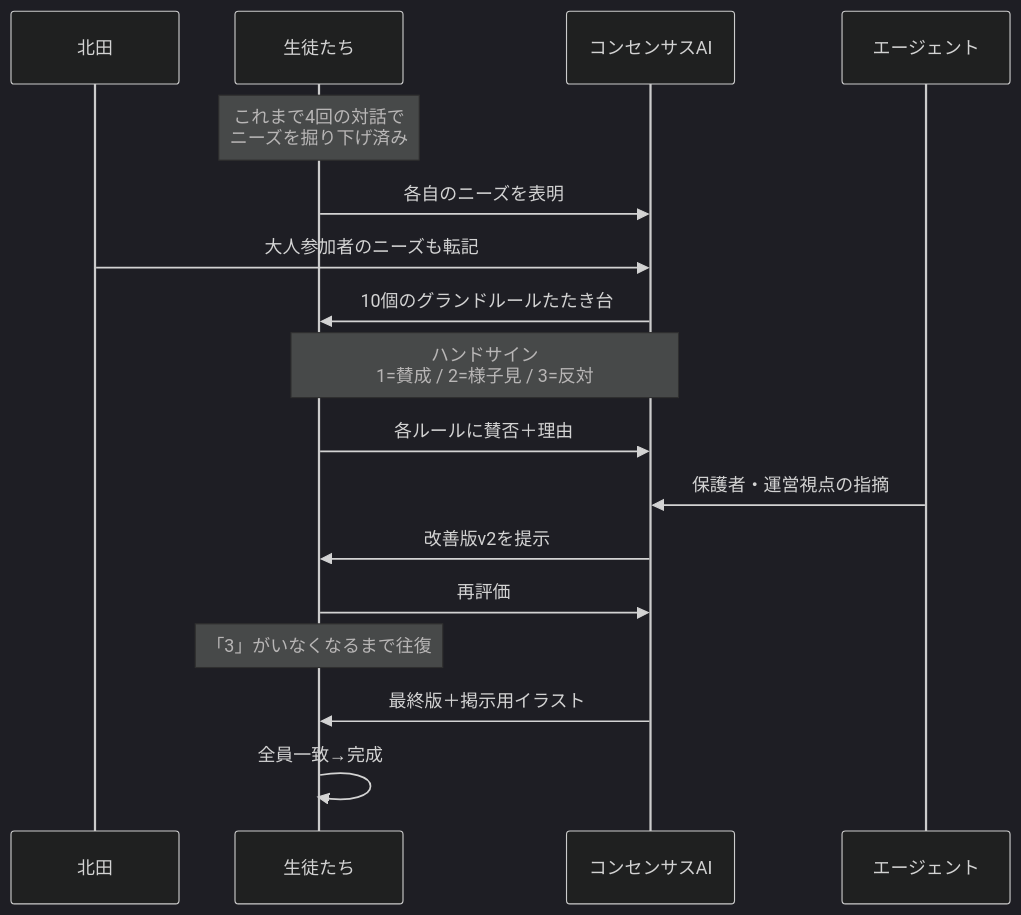
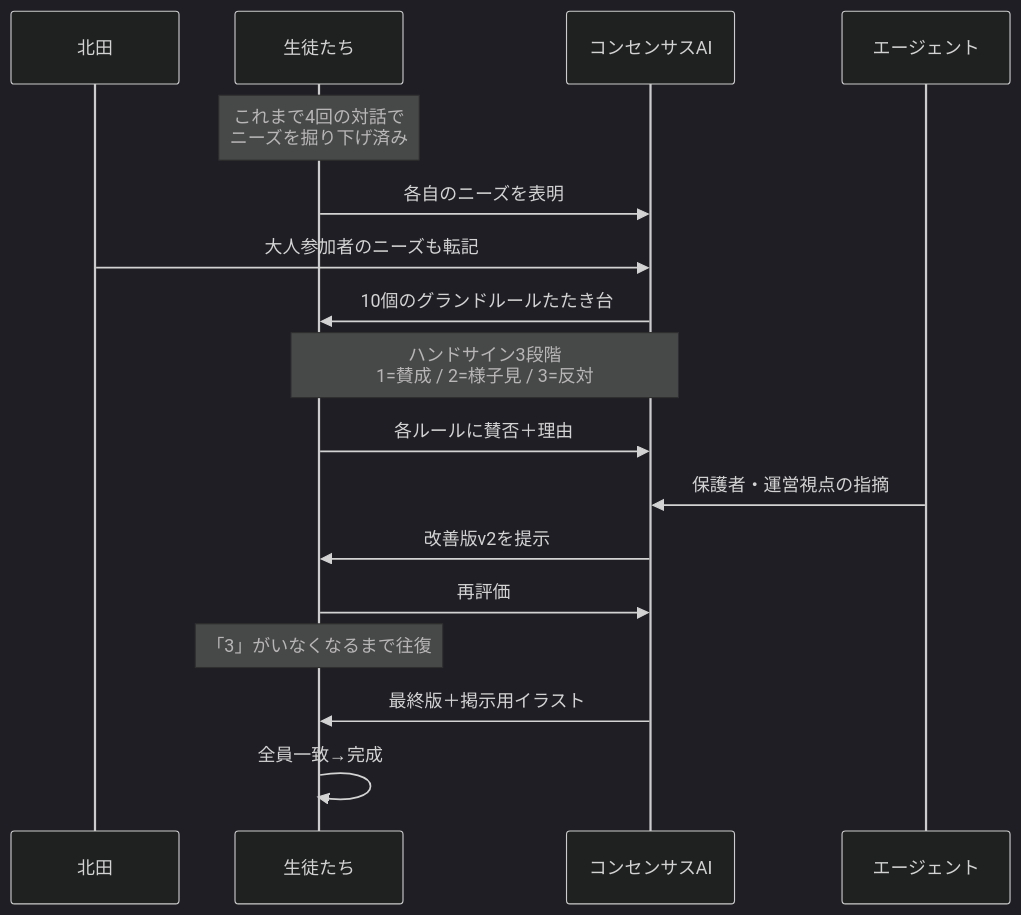
The ninth of 17 diagrams in プラネタリーラーニング運営MTG_20260604.md (VOMOYA/planetary-learning-mtg-reports), drawn with Mermaid (dark theme) before and after one commit. The commit also changed other lines of this file, not shown here.

````diff
--- a/プラネタリーラーニング運営MTG_20260604.md
+++ b/プラネタリーラーニング運営MTG_20260604.md
@@ -164,20 +280,20 @@
 ```mermaid
 sequenceDiagram
   participant K as 北田
   participant P as 生徒たち
   participant AI as コンセンサスAI
   participant Ag as エージェント
 
   Note over P: これまで4回の対話で<br/>ニーズを掘り下げ済み
   P->>AI: 各自のニーズを表明
   K->>AI: 大人参加者のニーズも転記
   AI->>P: 10個のグランドルールたたき台
-  Note over P,AI: ハンドサイン<br/>1=賛成 / 2=様子見 / 3=反対
+  Note over P,AI: ハンドサイン3段階<br/>1=賛成 / 2=様子見 / 3=反対
   P->>AI: 各ルールに賛否＋理由
   Ag->>AI: 保護者・運営視点の指摘
   AI->>P: 改善版v2を提示
   P->>AI: 再評価
   Note over P: 「3」がいなくなるまで往復
   AI->>P: 最終版＋掲示用イラスト
   P->>P: 全員一致→完成
 ```
````
